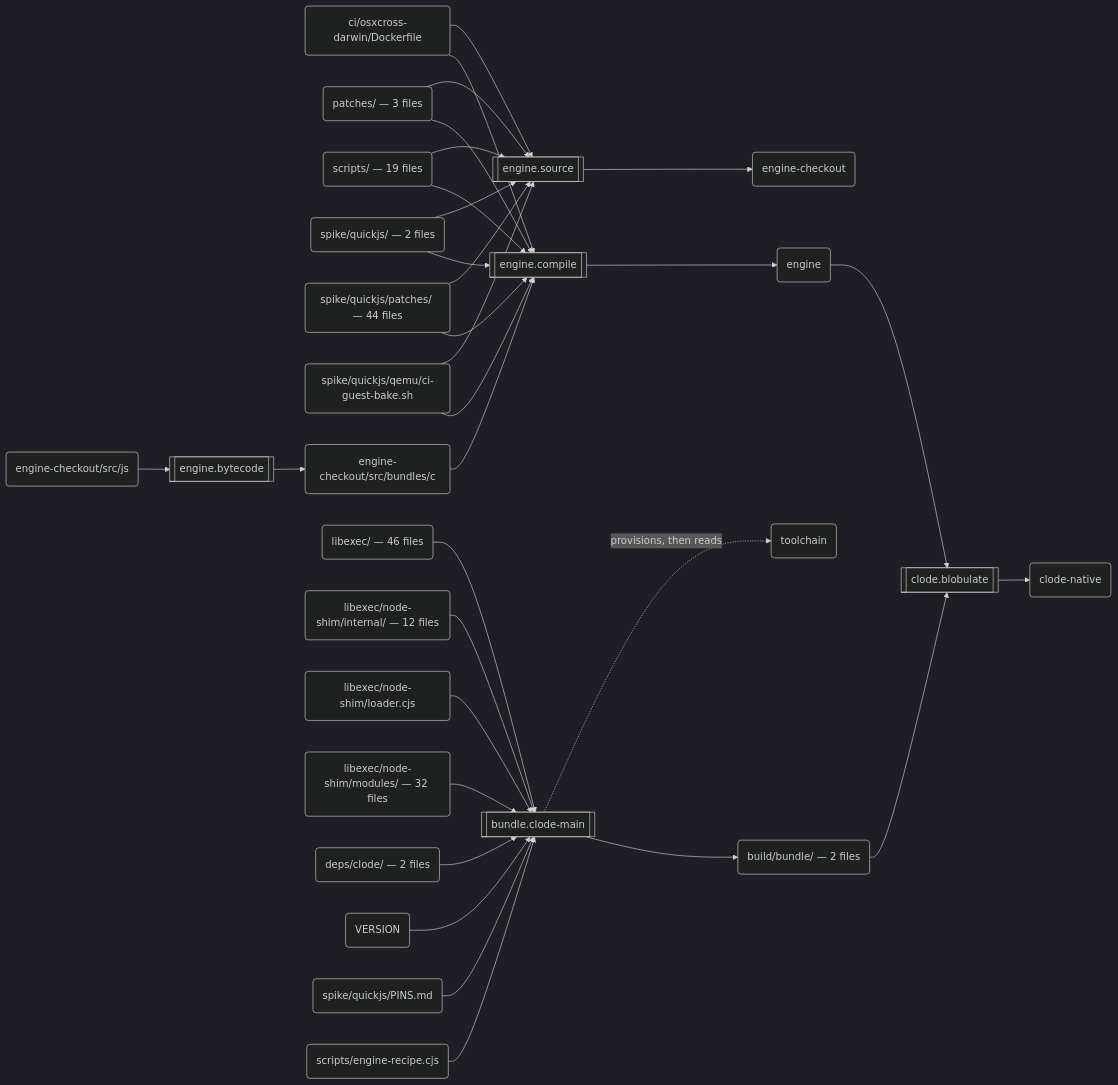
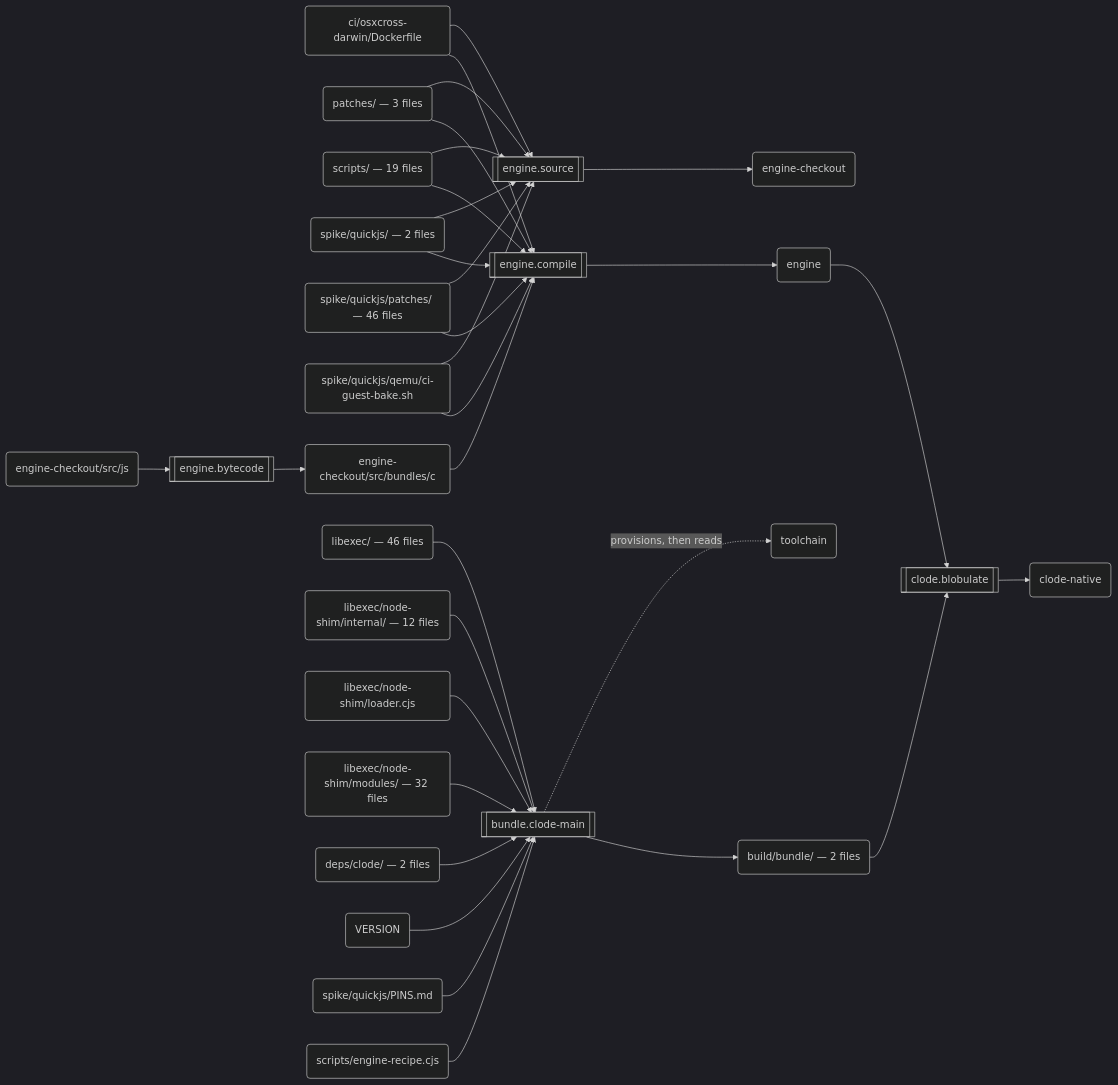
The second of 3 diagrams in docs/build.md (schmonz/clode), drawn with Mermaid (dark theme) before and after one commit. The commit also changed other lines of this file and 11 other files, not shown here.

````diff
--- a/docs/build.md
+++ b/docs/build.md
@@ -123,59 +123,59 @@
 ```mermaid
 flowchart LR
   s0[["engine.source"]]
   a0("ci/osxcross-darwin/Dockerfile")
   a1("patches/ — 3 files")
   a2("scripts/ — 19 files")
   a3("spike/quickjs/ — 2 files")
-  a4("spike/quickjs/patches/ — 44 files")
+  a4("spike/quickjs/patches/ — 46 files")
   a5("spike/quickjs/qemu/ci-guest-bake.sh")
   a6("engine-checkout")
   s1[["engine.bytecode"]]
   a7("engine-checkout/src/js")
   a8("engine-checkout/src/bundles/c")
   s2[["engine.compile"]]
   a9("engine")
   s3[["bundle.clode-main"]]
   a10("libexec/ — 46 files")
   a11("libexec/node-shim/internal/ — 12 files")
   a12("libexec/node-shim/loader.cjs")
   a13("libexec/node-shim/modules/ — 32 files")
   a14("deps/clode/ — 2 files")
   a15("VERSION")
   a16("spike/quickjs/PINS.md")
   a17("scripts/engine-recipe.cjs")
   a18("toolchain")
   a19("build/bundle/ — 2 files")
   s4[["clode.blobulate"]]
   a20("clode-native")
   a0 --> s0
   a1 --> s0
   a2 --> s0
   a3 --> s0
   a4 --> s0
   a5 --> s0
   s0 --> a6
   a7 --> s1
   s1 --> a8
   a8 --> s2
   a0 --> s2
   a1 --> s2
   a2 --> s2
   a3 --> s2
   a4 --> s2
   a5 --> s2
   s2 --> a9
   a10 --> s3
   a11 --> s3
   a12 --> s3
   a13 --> s3
   a14 --> s3
   a15 --> s3
   a16 --> s3
   a17 --> s3
   s3 -.->|"provisions, then reads"| a18
   s3 --> a19
   a9 --> s4
   a19 --> s4
   s4 --> a20
 ```
````
